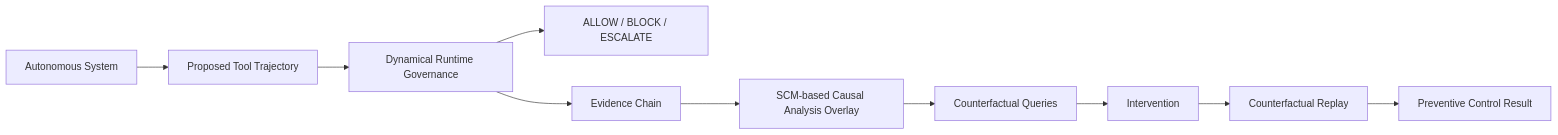
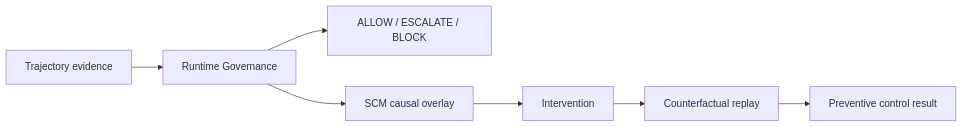
Before and after one commit to davarntrades/davarntrades: the second of 3 diagrams in README.md, drawn with Mermaid. The commit also changed other lines of this file, not shown here.

````diff
--- a/README.md
+++ b/README.md
@@ -154,12 +169,9 @@
 ```mermaid
 flowchart LR
-    A[Autonomous System] --> T[Proposed Tool Trajectory]
-    T --> G[Dynamical Runtime Governance]
-    G --> D[ALLOW / BLOCK / ESCALATE]
-    G --> E[Evidence Chain]
-    E --> C[SCM-based Causal Analysis Overlay]
-    C --> Q[Counterfactual Queries]
-    Q --> I[Intervention]
-    I --> R[Counterfactual Replay]
-    R --> P[Preventive Control Result]
+    T[Trajectory evidence] --> G[Runtime Governance]
+    G --> D[ALLOW / ESCALATE / BLOCK]
+    G --> C[SCM causal overlay]
+    C --> I[Intervention]
+    I --> R[Counterfactual replay]
+    R --> P[Preventive control result]
 ```
````
